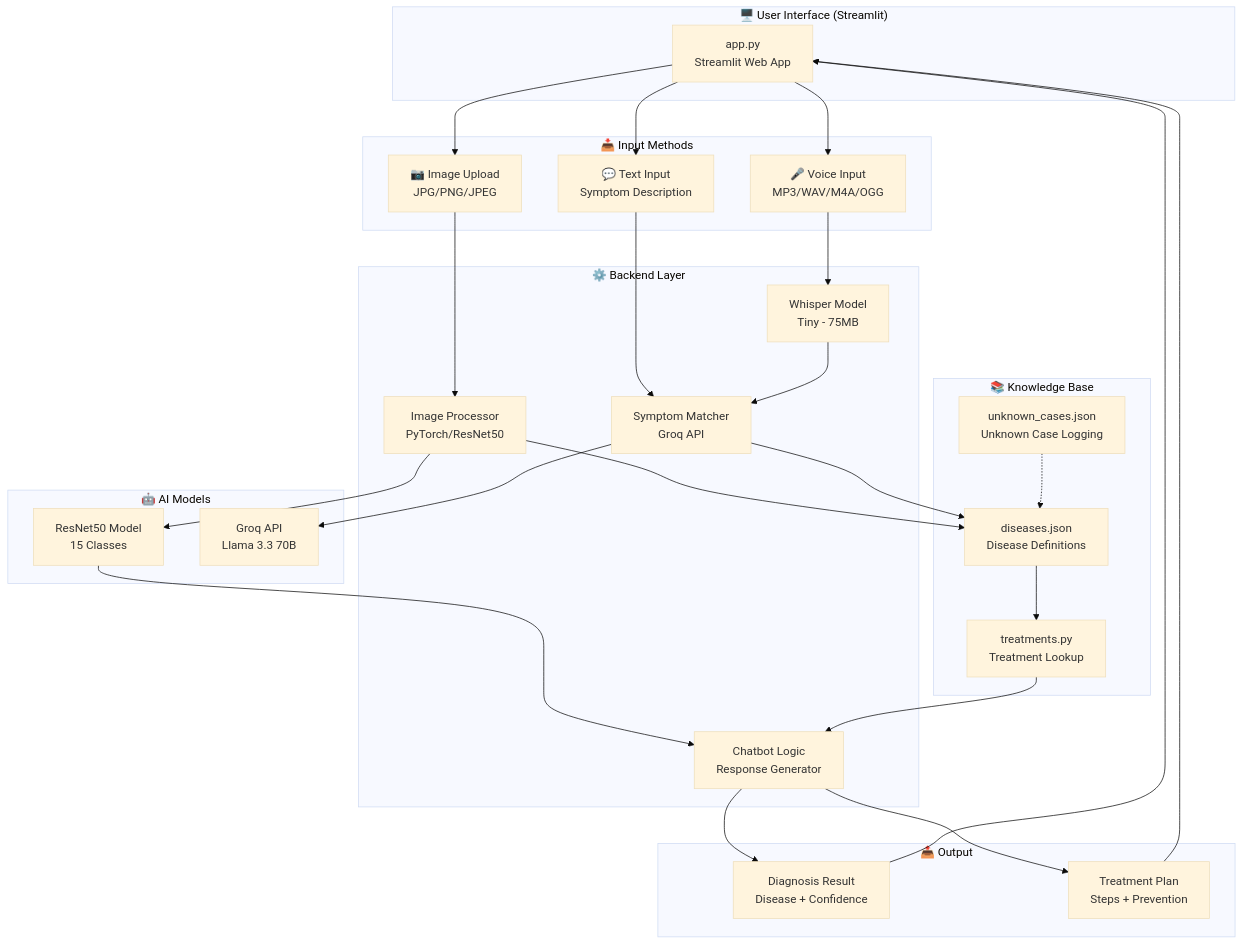
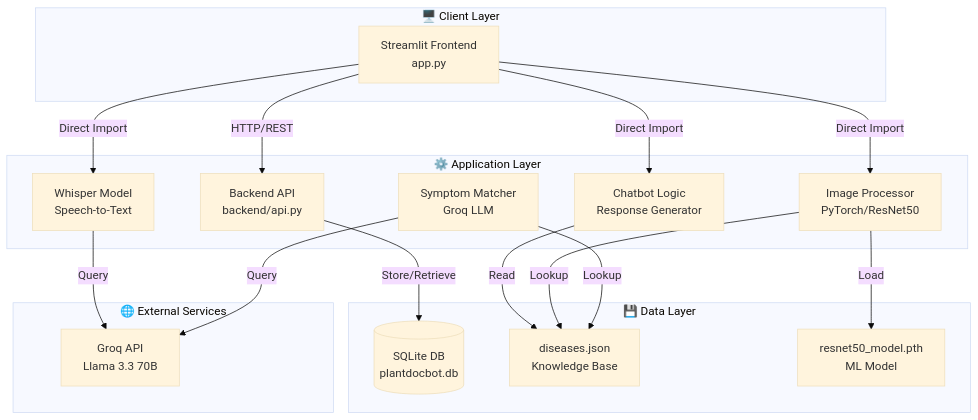
The first of 3 diagrams in README.md (springboardmentor88888-mahaprasad/Intern-PlantChatBot-Project), drawn with Mermaid (base theme) before and after one commit. The commit also changed other lines of this file and 18 other files, not shown here.

Commit message:
Remove knowledge folder: migrate entirely to SQLite database layer

````diff
--- a/README.md
+++ b/README.md
@@ -36,76 +34,38 @@
 ```mermaid
 flowchart TB
-    subgraph User_Interface["🖥️ User Interface (Streamlit)"]
-        UI[app.py
-        Streamlit Web App]
+    subgraph Client["🖥️ Client Layer"]
+        UI[Streamlit Frontend<br/>app.py]
     end
 
-    subgraph Input_Methods["📥 Input Methods"]
-        IMG[📷 Image Upload
-        JPG/PNG/JPEG]
-        VOICE[🎤 Voice Input
-        MP3/WAV/M4A/OGG]
-        TEXT[💬 Text Input
-        Symptom Description]
+    subgraph Application["⚙️ Application Layer"]
+        API[Backend API<br/>backend/api.py]
+        IMG[Image Processor<br/>PyTorch/ResNet50]
+        WHISPER[Whisper Model<br/>Speech-to-Text]
+        SYMPTOM[Symptom Matcher<br/>Groq LLM]
+        CHATBOT[Chatbot Logic<br/>Response Generator]
     end
 
-    subgraph Backend_Layer["⚙️ Backend Layer"]
-        IMG_PROC[Image Processor
-        PyTorch/ResNet50]
-        WHISPER[Whisper Model
-        Tiny - 75MB]
-        SYMPTOM[Symptom Matcher
-        Groq API]
-        CHATBOT[Chatbot Logic
-        Response Generator]
+    subgraph Data["💾 Data Layer"]
+        SQLITE[(SQLite DB<br/>plantdocbot.db)]
+        JSON[diseases.json<br/>Knowledge Base]
+        MODEL[resnet50_model.pth<br/>ML Model]
     end
 
-    subgraph Knowledge_Base["📚 Knowledge Base"]
-        DISEASES[diseases.json
-        Disease Definitions]
-        TREATMENTS[treatments.py
-        Treatment Lookup]
-        UNKNOWN[unknown_cases.json
-        Unknown Case Logging]
+    subgraph External["🌐 External Services"]
+        GROQ[Groq API<br/>Llama 3.3 70B]
     end
 
-    subgraph AI_Models["🤖 AI Models"]
-        RESNET[ResNet50 Model
-        15 Classes]
-        GROQ[Groq API
-        Llama 3.3 70B]
-    end
-
-    subgraph Output["📤 Output"]
-        DIAGNOSIS[Diagnosis Result
-        Disease + Confidence]
-        TREATMENT_OUT[Treatment Plan
-        Steps + Prevention]
-    end
-
-    UI --> IMG
-    UI --> VOICE
-    UI --> TEXT
-
-    IMG --> IMG_PROC
-    VOICE --> WHISPER
-    TEXT --> SYMPTOM
-    WHISPER --> SYMPTOM
-
-    IMG_PROC --> RESNET
-    SYMPTOM --> GROQ
-
-    IMG_PROC --> DISEASES
-    SYMPTOM --> DISEASES
-
-    DISEASES --> TREATMENTS
-    RESNET --> CHATBOT
-    TREATMENTS --> CHATBOT
-
-    CHATBOT --> DIAGNOSIS
-    CHATBOT --> TREATMENT_OUT
-    DIAGNOSIS --> UI
-    TREATMENT_OUT --> UI
-
-    UNKNOWN -.-> DISEASES
+    UI -->|HTTP/REST| API
+    UI -->|Direct Import| IMG
+    UI -->|Direct Import| WHISPER
+    UI -->|Direct Import| CHATBOT
+    
+    API -->|Store/Retrieve| SQLITE
+    IMG -->|Load| MODEL
+    WHISPER -->|Query| GROQ
+    SYMPTOM -->|Query| GROQ
+    CHATBOT -->|Read| JSON
+    
+    IMG -->|Lookup| JSON
+    SYMPTOM -->|Lookup| JSON
 ```
````
